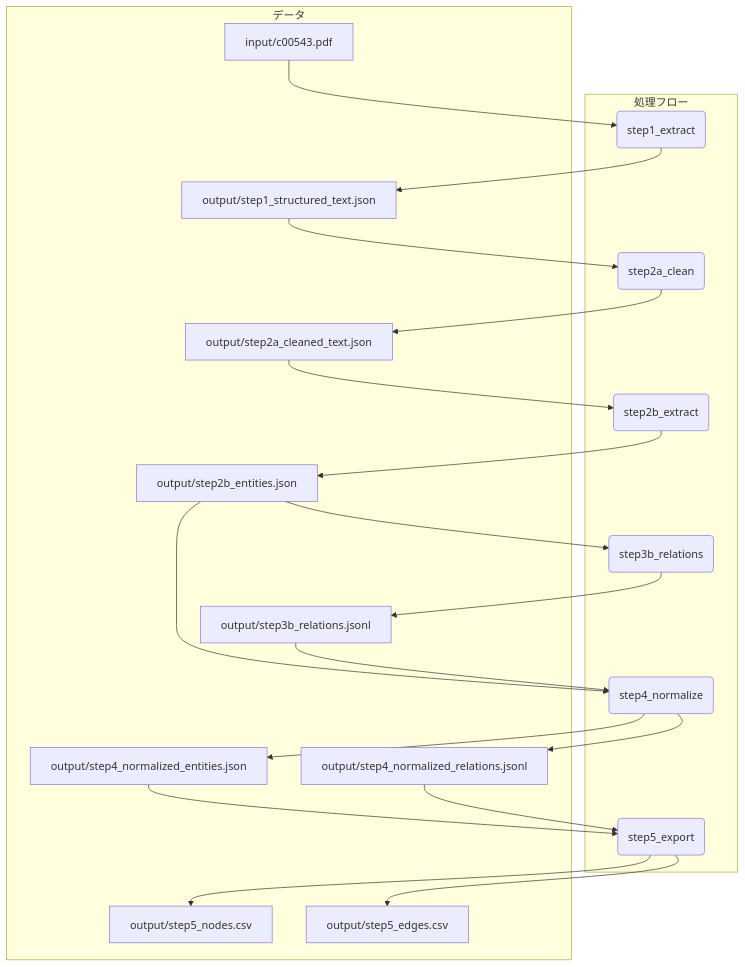
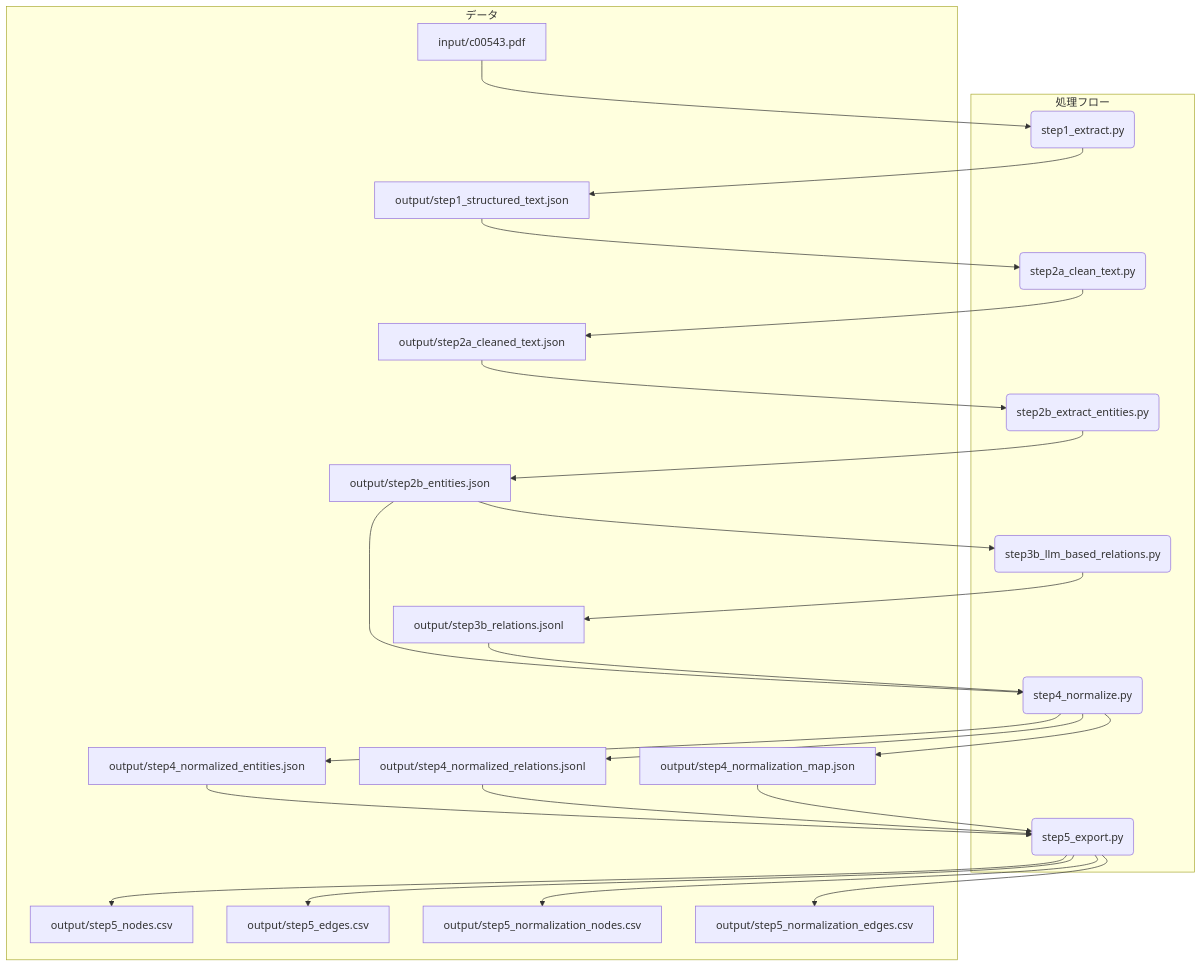
One commit to fk506cni/med-graph-gen changed the diagram in README.md. Above: the diagram before and after it, drawn with Mermaid. The commit also changed other lines of this file and 2 other files, not shown here.

````diff
--- a/README.md
+++ b/README.md
@@ -54,36 +54,35 @@
 ```mermaid
 graph TD;
     A[input/c00543.pdf] --> B(step1_extract.py);
     B --> C[output/step1_structured_text.json];
     C --> D(step2a_clean_text.py);
     D --> E[output/step2a_cleaned_text.json];
     E --> F(step2b_extract_entities.py);
     F --> G[output/step2b_entities.json];
     G --> H(step3b_llm_based_relations.py);
     H --> I[output/step3b_relations.jsonl];
 
     G --> J(step4_normalize.py);
     I --> J;
 
     J --> K[output/step4_normalized_entities.json];
     J --> L[output/step4_normalized_relations.jsonl];
+    J --> P[output/step4_normalization_map.json];
 
     K --> M(step5_export.py);
     L --> M;
+    P --> M;
 
     M --> N[output/step5_nodes.csv];
     M --> O[output/step5_edges.csv];
+    M --> Q[output/step5_normalization_nodes.csv];
+    M --> R[output/step5_normalization_edges.csv];
 
     subgraph "処理フロー"
-        B(step1_extract)
-        D(step2a_clean)
-        F(step2b_extract)
-        H(step3b_relations)
-        J(step4_normalize)
-        M(step5_export)
+        B; D; F; H; J; M;
     end
 
     subgraph "データ"
-        A; C; E; G; I; K; L; N; O;
+        A; C; E; G; I; K; L; P; N; O; Q; R;
     end
 ```
````
